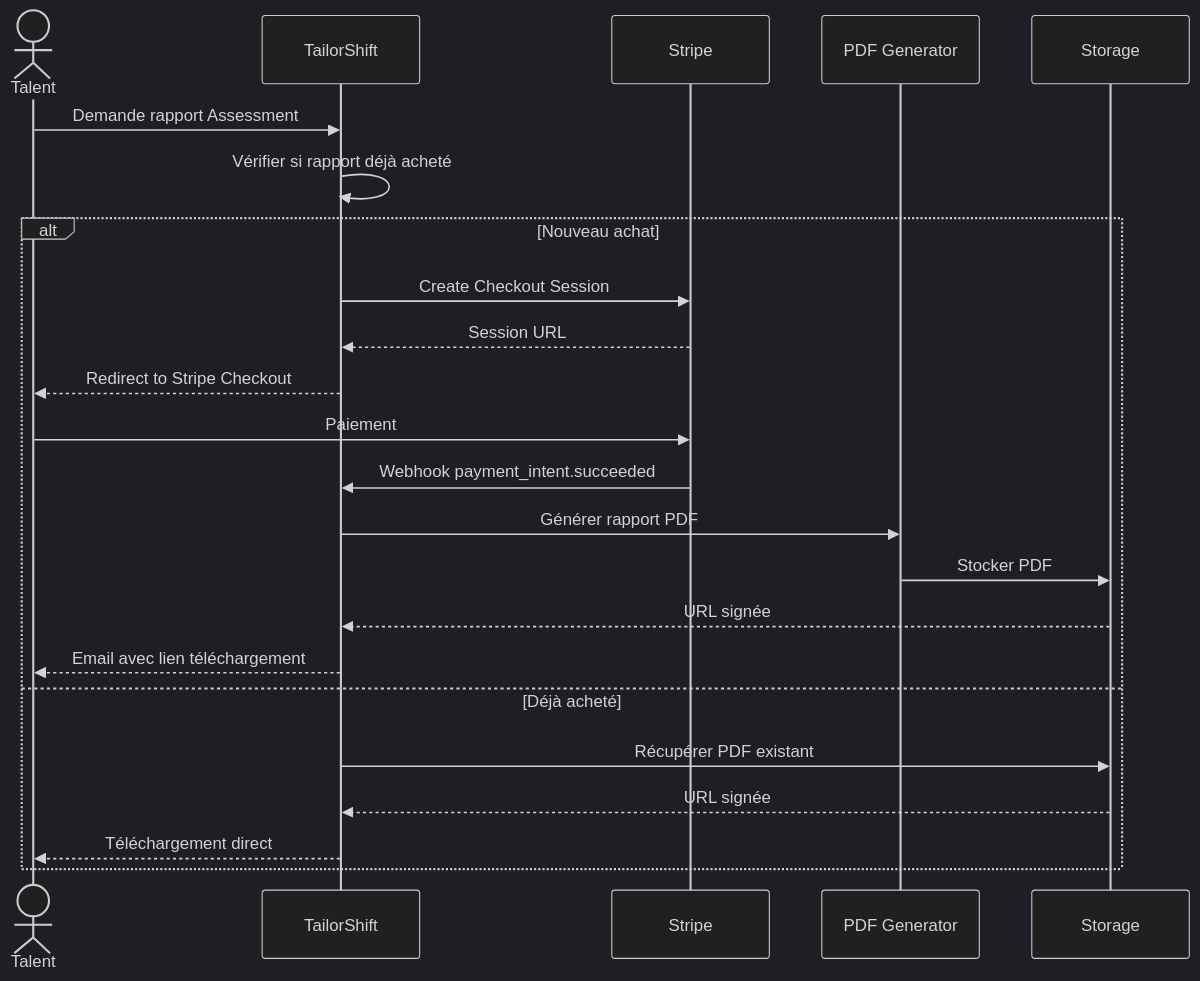
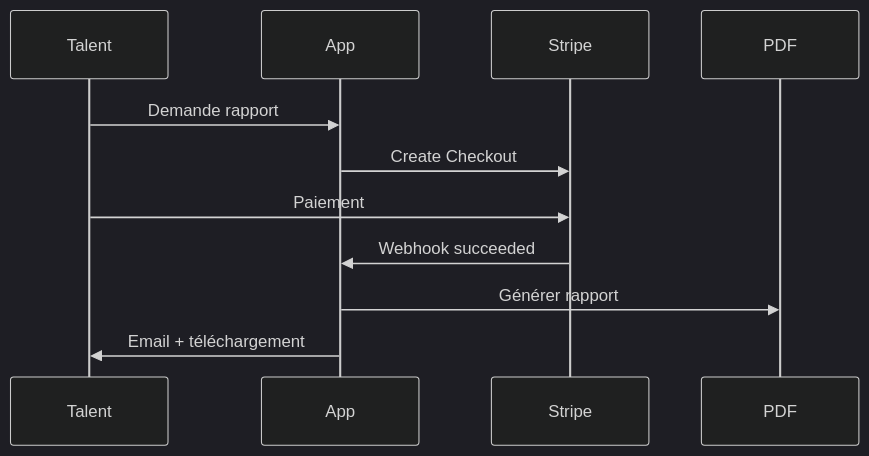
The second of 3 diagrams in docs/PRODUCT_ROADMAP_V8.md (LoulouBlue75/tailor_shift_v7), drawn with Mermaid (dark theme) before and after one commit. The commit also changed other lines of this file and 8 other files, not shown here.

````diff
--- a/docs/PRODUCT_ROADMAP_V8.md
+++ b/docs/PRODUCT_ROADMAP_V8.md
@@ -262,27 +279,9 @@
 ```mermaid
 sequenceDiagram
-    actor Talent
-    participant App as TailorShift
-    participant Stripe
-    participant PDF as PDF Generator
-    participant S3 as Storage
-    
-    Talent->>App: Demande rapport Assessment
-    App->>App: Vérifier si rapport déjà acheté
-    
-    alt Nouveau achat
-        App->>Stripe: Create Checkout Session
-        Stripe-->>App: Session URL
-        App-->>Talent: Redirect to Stripe Checkout
-        Talent->>Stripe: Paiement
-        Stripe->>App: Webhook payment_intent.succeeded
-        App->>PDF: Générer rapport PDF
-        PDF->>S3: Stocker PDF
-        S3-->>App: URL signée
-        App-->>Talent: Email avec lien téléchargement
-    else Déjà acheté
-        App->>S3: Récupérer PDF existant
-        S3-->>App: URL signée
-        App-->>Talent: Téléchargement direct
-    end
+    Talent->>App: Demande rapport
+    App->>Stripe: Create Checkout
+    Talent->>Stripe: Paiement
+    Stripe->>App: Webhook succeeded
+    App->>PDF: Générer rapport
+    App->>Talent: Email + téléchargement
 ```
````
